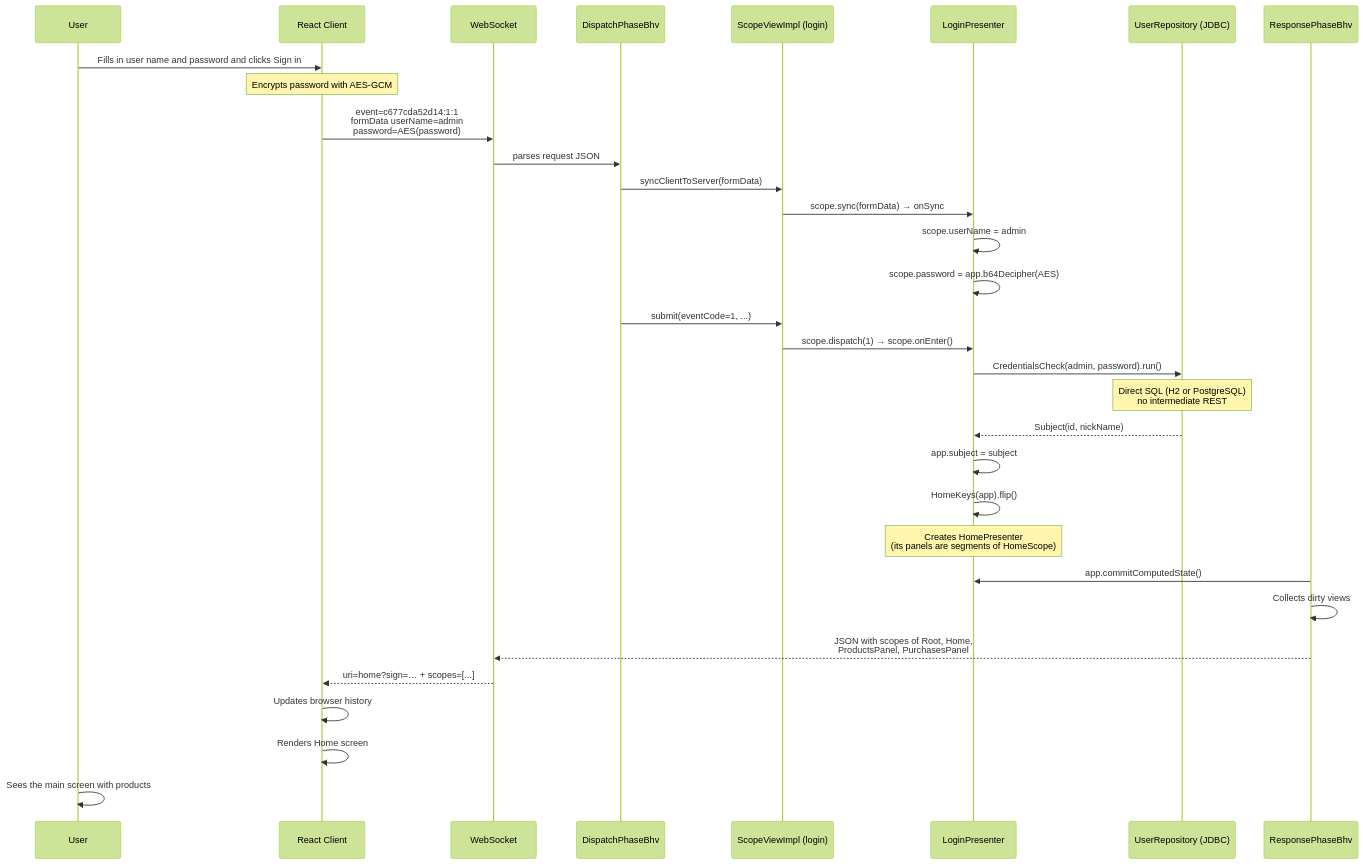
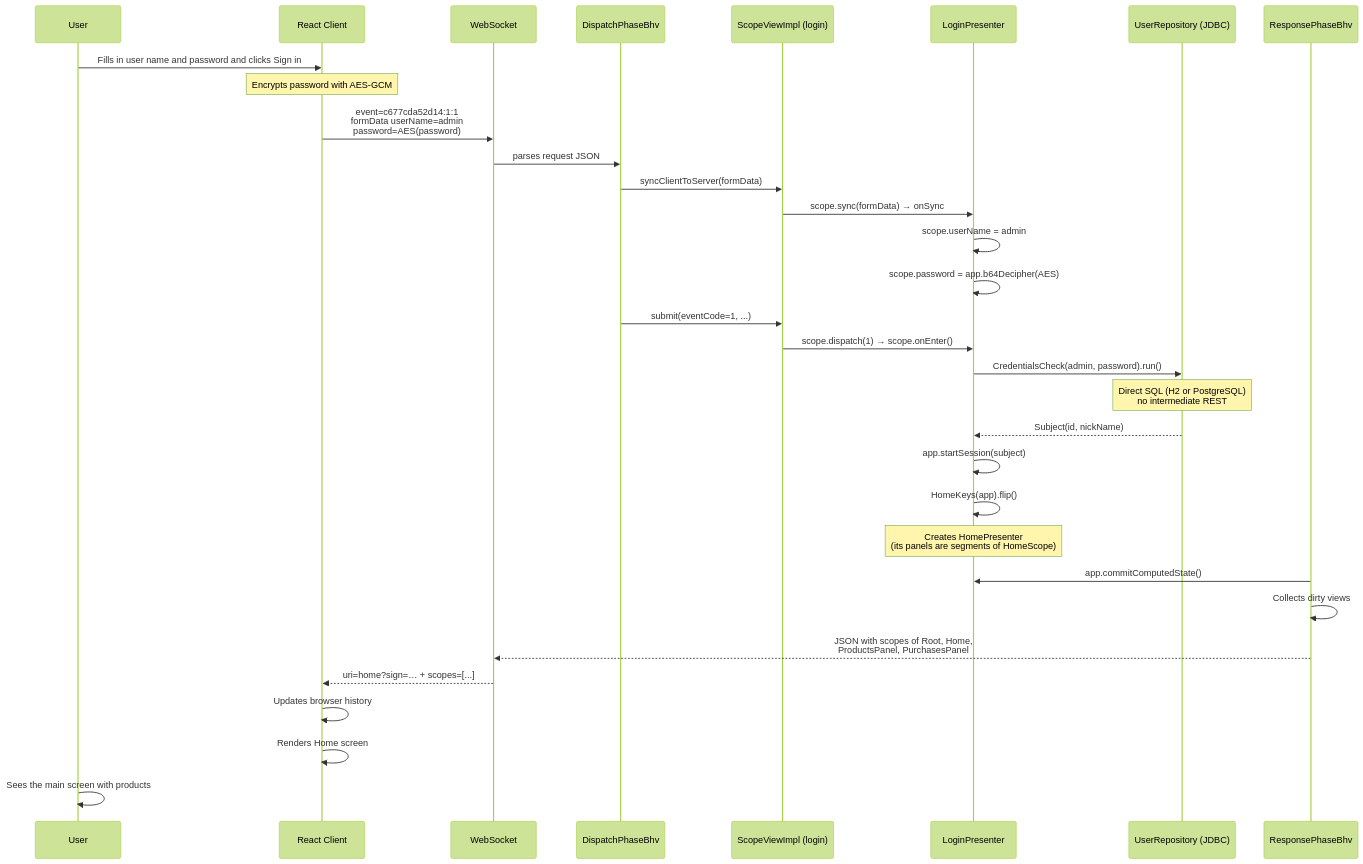
Before and after one commit to mrcdom/wdc-cube-kotlin: the ninth of 9 diagrams in docs/architecture-react.md, drawn with Mermaid (forest theme). The commit also changed other lines of this file and 4 other files, not shown here.

````diff
--- a/docs/architecture-react.md
+++ b/docs/architecture-react.md
@@ -492,47 +493,47 @@
 ```mermaid
 sequenceDiagram
     participant User as User
     participant React as React Client
     participant WS as WebSocket
     participant Disp as DispatchPhaseBhv
     participant LView as ScopeViewImpl (login)
     participant LPres as LoginPresenter
     participant URepo as UserRepository (JDBC)
     participant Resp as ResponsePhaseBhv
 
     User->>React: Fills in user name and password and clicks Sign in
 
     Note over React: Encrypts password with AES-GCM
 
     React->>WS: event=c677cda52d14:1:1<br/>formData userName=admin<br/>password=AES(password)
 
     WS->>Disp: parses request JSON
 
     Disp->>LView: syncClientToServer(formData)
     LView->>LPres: scope.sync(formData) → onSync
     LPres->>LPres: scope.userName = admin
     LPres->>LPres: scope.password = app.b64Decipher(AES)
 
     Disp->>LView: submit(eventCode=1, ...)
     LView->>LPres: scope.dispatch(1) → scope.onEnter()
 
     LPres->>URepo: CredentialsCheck(admin, password).run()
     Note over URepo: Direct SQL (H2 or PostgreSQL)<br/>no intermediate REST
     URepo-->>LPres: Subject(id, nickName)
 
-    LPres->>LPres: app.subject = subject
+    LPres->>LPres: app.startSession(subject)
     LPres->>LPres: HomeKeys(app).flip()
 
     Note over LPres: Creates HomePresenter<br/>(its panels are segments of HomeScope)
 
     Resp->>LPres: app.commitComputedState()
     Resp->>Resp: Collects dirty views
 
     Resp-->>WS: JSON with scopes of Root, Home,<br/>ProductsPanel, PurchasesPanel
 
     WS-->>React: uri=home?sign=… + scopes=[...]
     React->>React: Updates browser history
     React->>React: Renders Home screen
 
     User->>User: Sees the main screen with products
 ```
````
